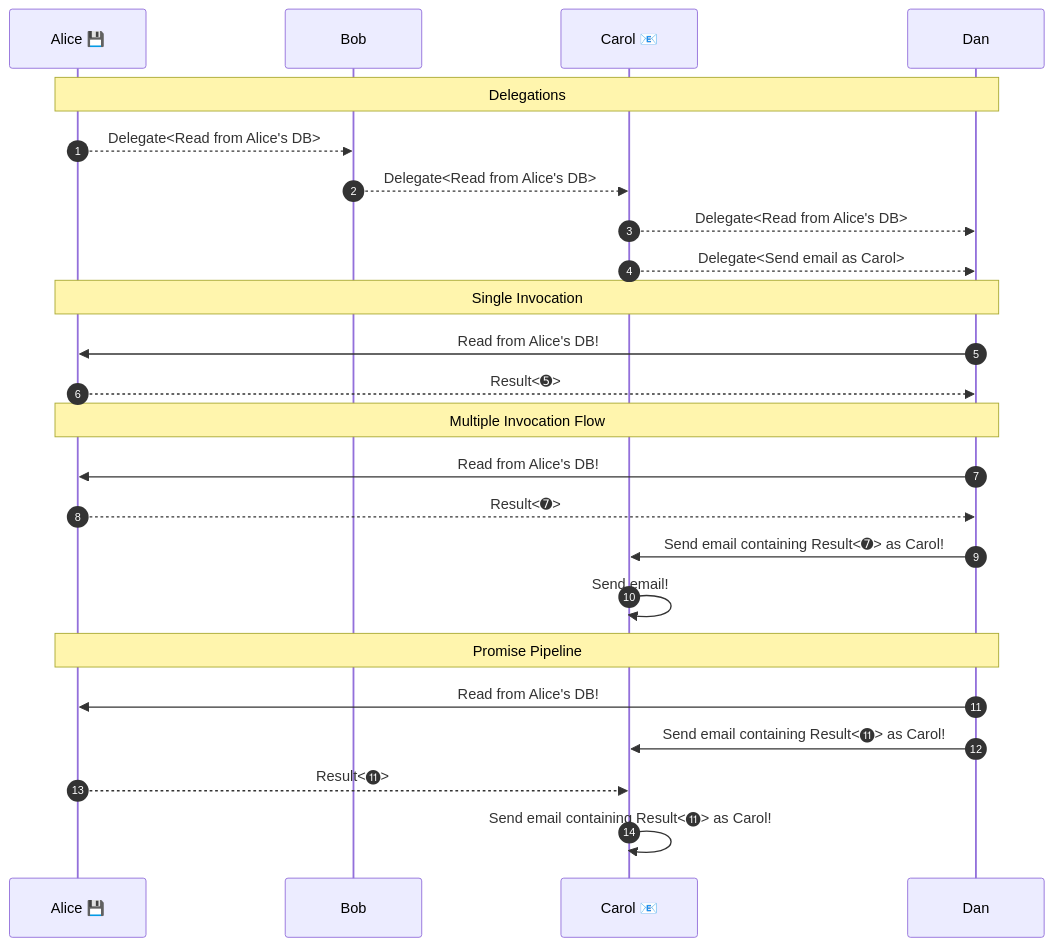
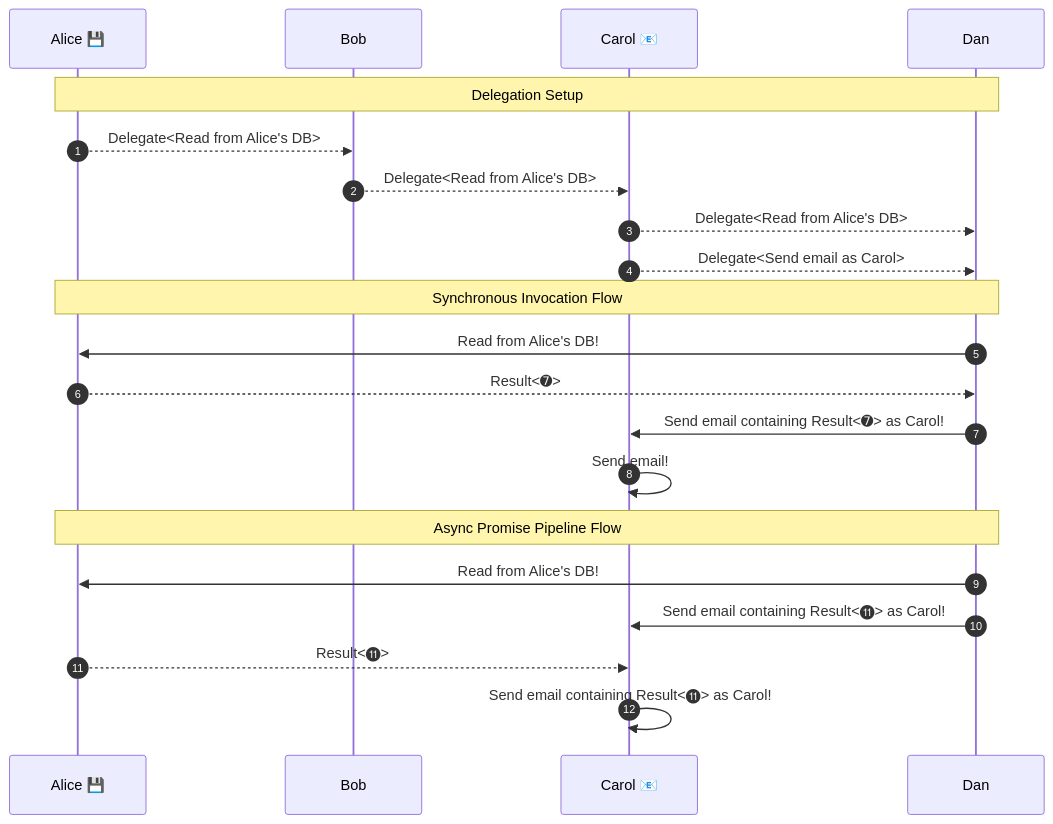
One commit to ucan-wg/promise changed the diagram in README.md. Above: the diagram before and after it, drawn with Mermaid.

Commit message:
Shorten diagram

````diff
--- a/README.md
+++ b/README.md
@@ -62,31 +62,27 @@
 ``` mermaid
 sequenceDiagram
     participant Alice 💾
     participant Bob
     participant Carol 📧
     participant Dan
 
     autonumber
 
-    Note over Alice 💾, Dan: Delegations
+    Note over Alice 💾, Dan: Delegation Setup
         Alice 💾 -->> Bob:      Delegate<Read from Alice's DB>
         Bob      -->> Carol 📧: Delegate<Read from Alice's DB>
         Carol 📧 -->> Dan:      Delegate<Read from Alice's DB>
         Carol 📧 -->> Dan:      Delegate<Send email as Carol>
 
-    Note over Alice 💾, Dan: Single Invocation
-        Dan      ->>  Alice 💾: Read from Alice's DB!
-        Alice 💾 -->> Dan:      Result<➎>
-
-    Note over Alice 💾, Dan: Multiple Invocation Flow
+    Note over Alice 💾, Dan: Synchronous Invocation Flow
         Dan      ->>  Alice 💾: Read from Alice's DB!
         Alice 💾 -->> Dan:      Result<➐>
         Dan      ->>  Carol 📧: Send email containing Result<➐> as Carol!
         Carol 📧 ->>  Carol 📧: Send email!
 
-    Note over Alice 💾, Dan: Promise Pipeline
+    Note over Alice 💾, Dan: Async Promise Pipeline Flow
         Dan      ->>  Alice 💾: Read from Alice's DB!
         Dan      ->>  Carol 📧: Send email containing Result<⓫> as Carol!
         Alice 💾 -->> Carol 📧: Result<⓫>
         Carol 📧 ->>  Carol 📧: Send email containing Result<⓫> as Carol!
 ```
````
